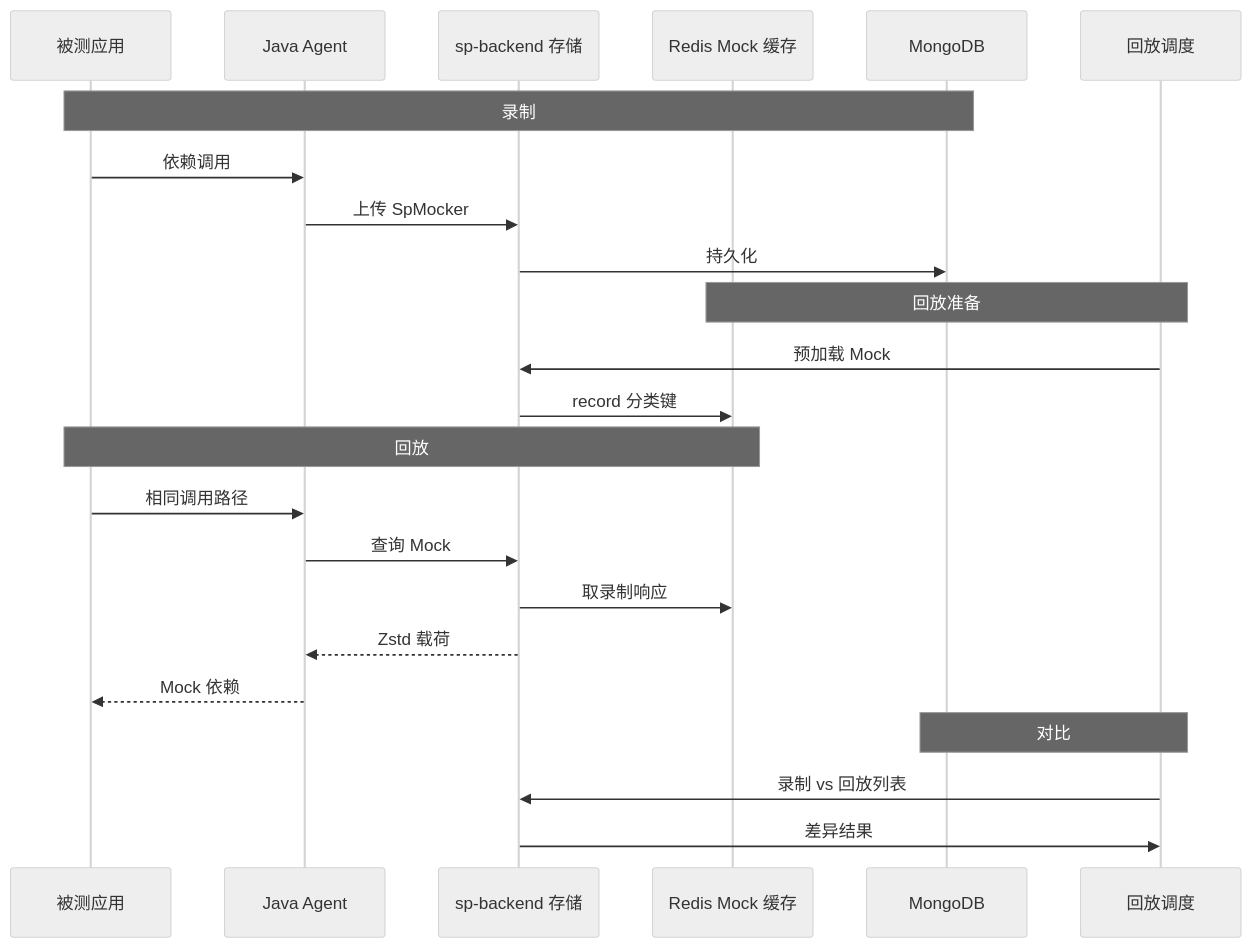
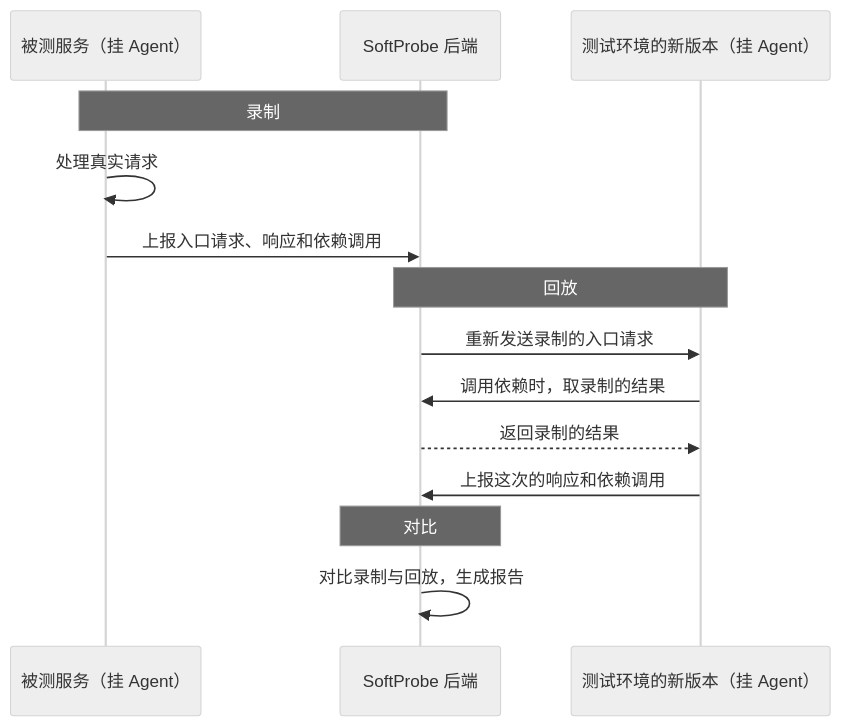
Before and after one commit to softprobe/document-website: the diagram in zh/testing/how-it-works.md, drawn with Mermaid (neutral theme). The commit also changed other lines of this file and 102 other files, not shown here.

````diff
--- a/zh/testing/how-it-works.md
+++ b/zh/testing/how-it-works.md
@@ -11,29 +11,19 @@
 ```mermaid
 sequenceDiagram
-  participant App as 被测应用
-  participant Agent as Java Agent
-  participant Storage as sp-backend 存储
-  participant Redis as Redis Mock 缓存
-  participant Mongo as MongoDB
-  participant Schedule as 回放调度
+  participant App as 被测服务（挂 Agent）
+  participant Backend as SoftProbe 后端
+  participant Target as 测试环境的新版本（挂 Agent）
 
-  Note over App,Mongo: 录制
-  App->>Agent: 依赖调用
-  Agent->>Storage: 上传 SpMocker
-  Storage->>Mongo: 持久化
+  Note over App,Backend: 录制
+  App->>App: 处理真实请求
+  App->>Backend: 上报入口请求、响应和依赖调用
 
-  Note over Schedule,Redis: 回放准备
-  Schedule->>Storage: 预加载 Mock
-  Storage->>Redis: record 分类键
+  Note over Backend,Target: 回放
+  Backend->>Target: 重新发送录制的入口请求
+  Target->>Backend: 调用依赖时，取录制的结果
+  Backend-->>Target: 返回录制的结果
+  Target->>Backend: 上报这次的响应和依赖调用
 
-  Note over App,Redis: 回放
-  App->>Agent: 相同调用路径
-  Agent->>Storage: 查询 Mock
-  Storage->>Redis: 取录制响应
-  Storage-->>Agent: Zstd 载荷
-  Agent-->>App: Mock 依赖
-
-  Note over Schedule,Mongo: 对比
-  Schedule->>Storage: 录制 vs 回放列表
-  Storage->>Schedule: 差异结果
+  Note over Backend: 对比
+  Backend->>Backend: 对比录制与回放，生成报告
 ```
````
